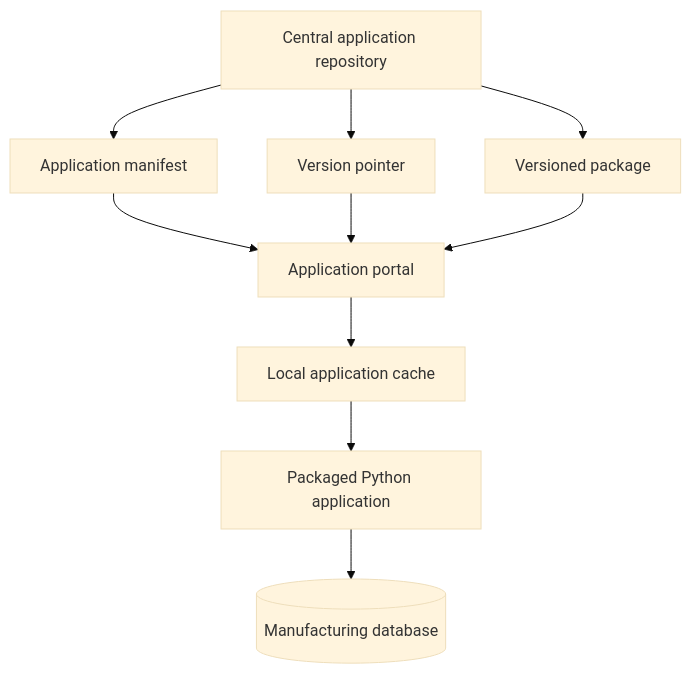
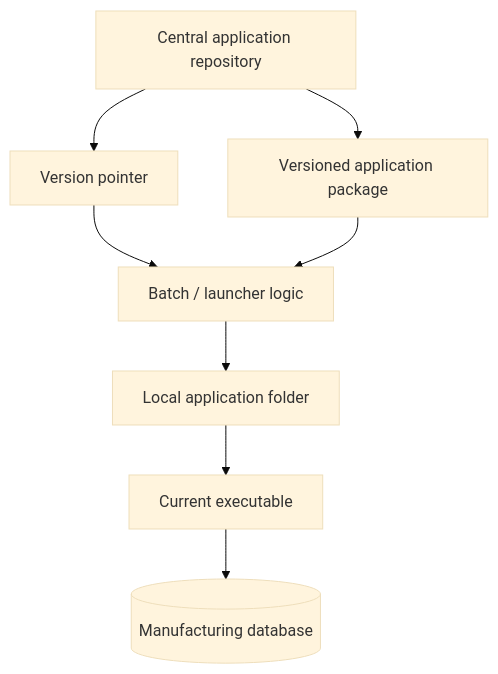
One commit to 4sy8zwp9hz-netizen/manufacturing-software-portfolio changed the fourth of 12 diagrams in docs/PLATFORM_ARCHITECTURE_EVOLUTION.md. Above: the diagram before and after it, drawn with Mermaid (base theme). The commit also changed other lines of this file, not shown here.

Commit message:
Refine platform evolution from local scripts to server hosting

````diff
--- a/docs/PLATFORM_ARCHITECTURE_EVOLUTION.md
+++ b/docs/PLATFORM_ARCHITECTURE_EVOLUTION.md
@@ -60,15 +125,13 @@
 ```mermaid
 flowchart TD
     SHARE[Central application repository]
-    SHARE --> MANIFEST[Application manifest]
-    SHARE --> VERSION[Version pointer]
-    SHARE --> PACKAGE[Versioned package]
+    SHARE --> PTR[Version pointer]
+    SHARE --> ZIP[Versioned application package]
 
-    MANIFEST --> PORTAL[Application portal]
-    VERSION --> PORTAL
-    PACKAGE --> PORTAL
+    PTR --> LAUNCH[Batch / launcher logic]
+    ZIP --> LAUNCH
 
-    PORTAL --> CACHE[Local application cache]
-    CACHE --> EXE[Packaged Python application]
+    LAUNCH --> LOCAL[Local application folder]
+    LOCAL --> EXE[Current executable]
     EXE --> DB[(Manufacturing database)]
 ```
````
